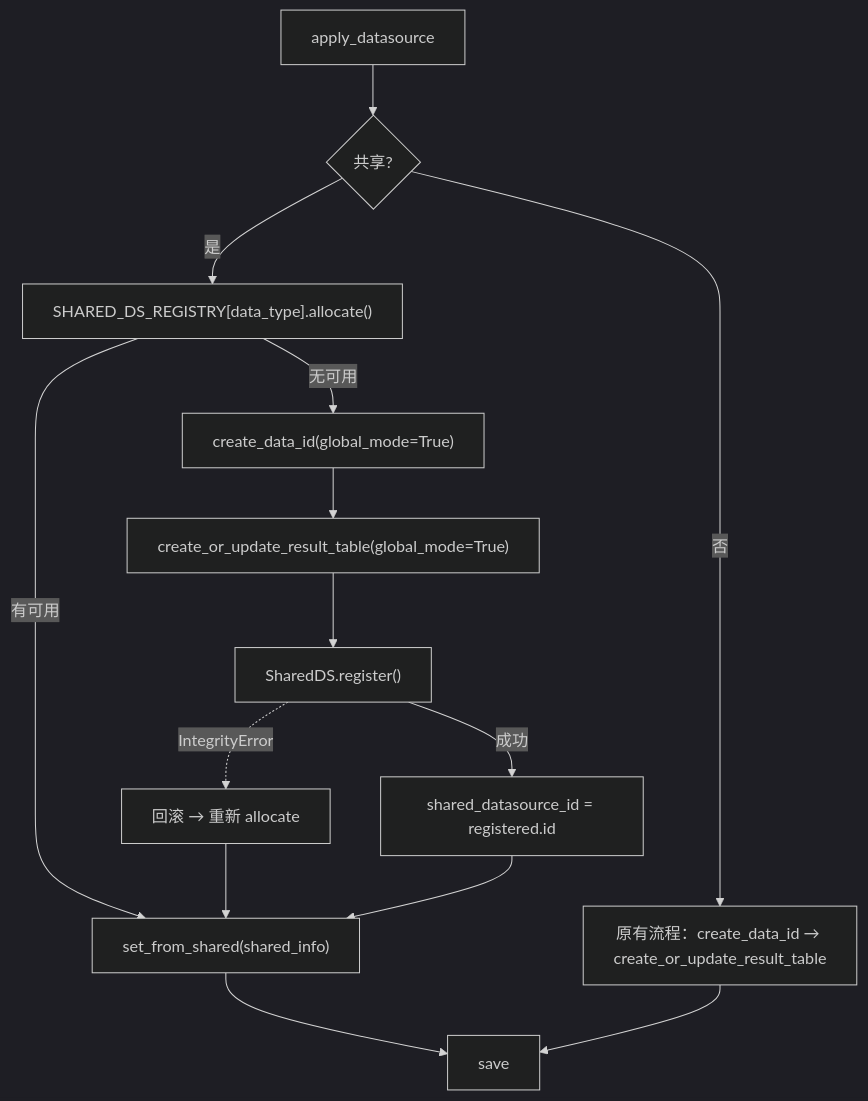
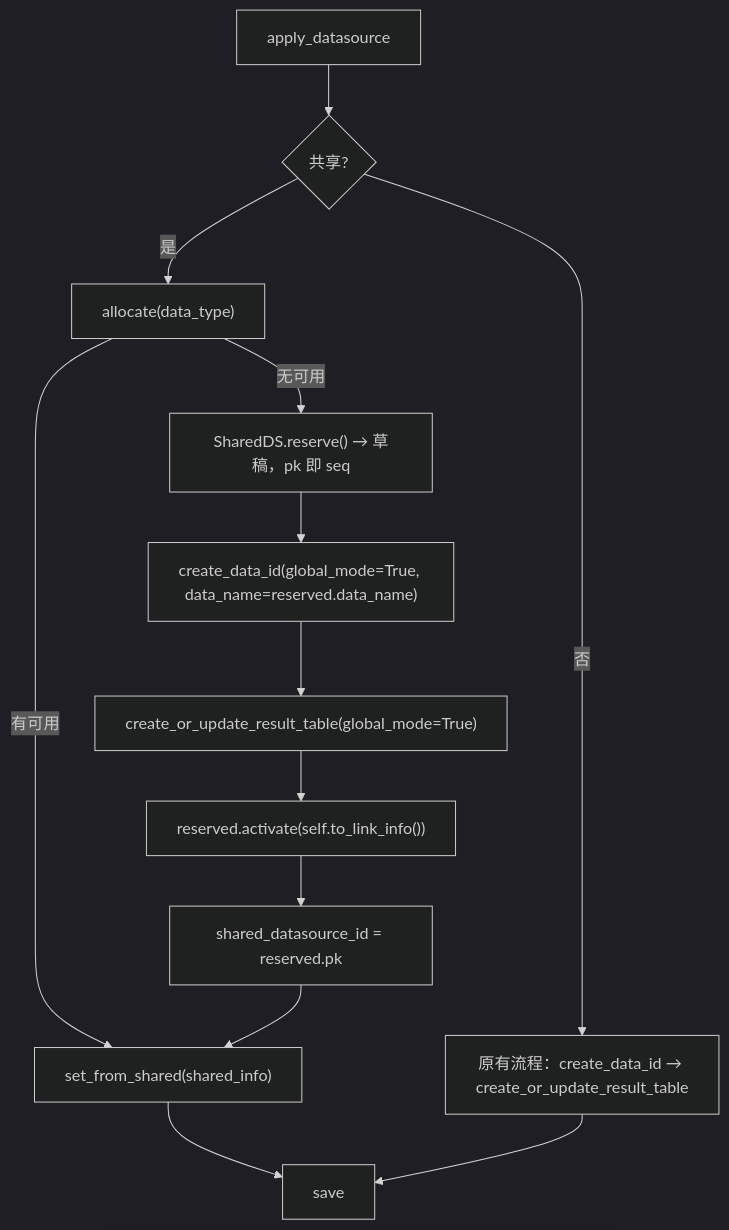
The seventh of 9 diagrams in knowledge/bkmonitor/issues/2026-03-03-apm-shared-datasource/PLAN.md (ZhuoZhuoCrayon/ai-workspace), drawn with Mermaid (dark theme) before and after one commit. The commit also changed other lines of this file, not shown here.

First line of the commit message:
docs(bkmonitor): APM shared datasource PLAN 采用 pk-as-seq + Draft 模式

````diff
--- a/knowledge/bkmonitor/issues/2026-03-03-apm-shared-datasource/PLAN.md
+++ b/knowledge/bkmonitor/issues/2026-03-03-apm-shared-datasource/PLAN.md
@@ -256,16 +270,15 @@
 ```mermaid
 flowchart TD
     A[apply_datasource] --> B{共享?}
-    B -->|是| C["SHARED_DS_REGISTRY[data_type].allocate()"]
+    B -->|是| C["allocate(data_type)"]
     C -->|有可用| D["set_from_shared(shared_info)"]
-    C -->|无可用| E["create_data_id(global_mode=True)"]
-    E --> F["create_or_update_result_table(global_mode=True)"]
-    F --> G["SharedDS.register()"]
-    G -->|成功| H["shared_datasource_id = registered.id"]
-    G -.->|IntegrityError| I["回滚 → 重新 allocate"]
+    C -->|无可用| E["SharedDS.reserve() → 草稿，pk 即 seq"]
+    E --> F["create_data_id(global_mode=True, data_name=reserved.data_name)"]
+    F --> G["create_or_update_result_table(global_mode=True)"]
+    G --> H["reserved.activate(self.to_link_info())"]
+    H --> I["shared_datasource_id = reserved.pk"]
     I --> D
-    H --> D
     D --> J[save]
     B -->|否| K["原有流程：create_data_id → create_or_update_result_table"]
     K --> J
 ```
````
